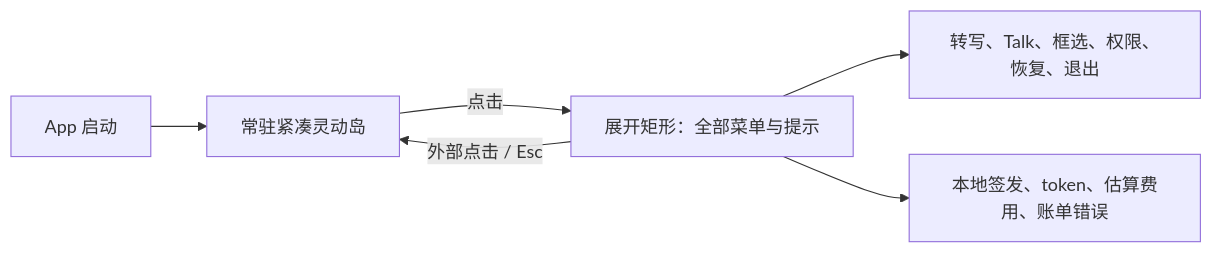
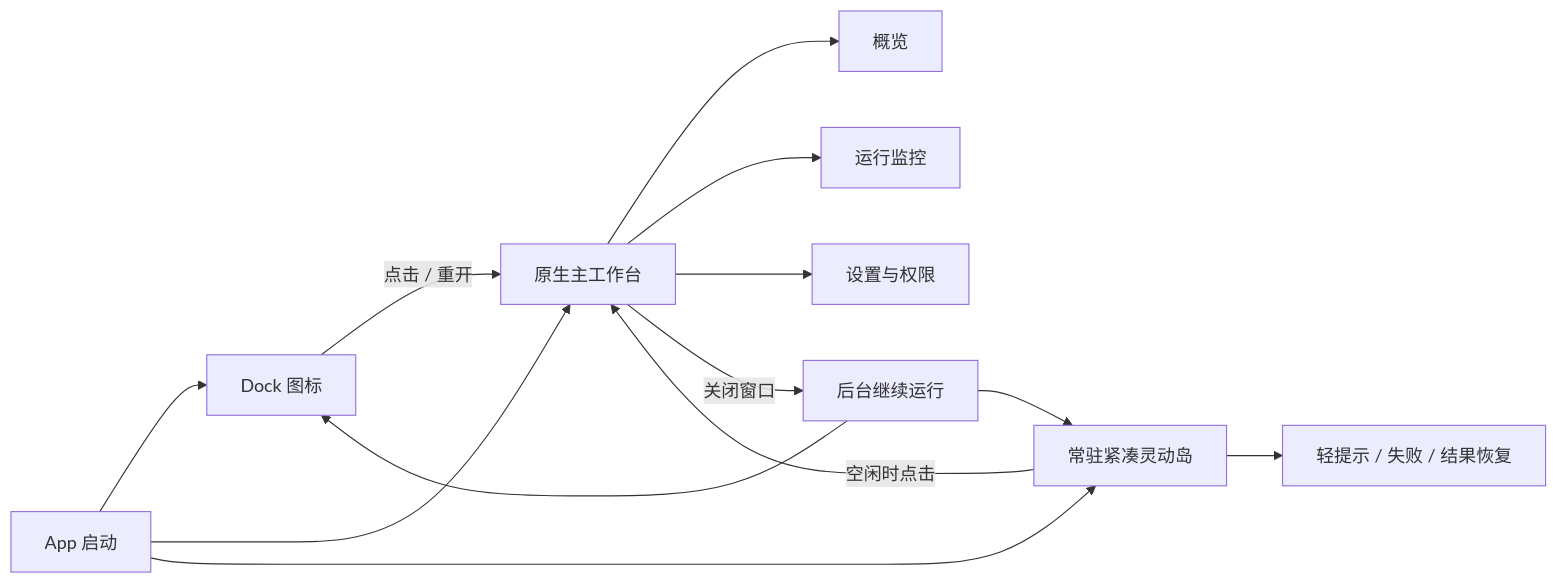
The diagram in docs/交互架构.md (jason2kkk/Friday), drawn with Mermaid before and after one commit. The commit also changed other lines of this file and 23 other files, not shown here.

Commit message:
feat: add native Dock workspace

````diff
--- a/docs/交互架构.md
+++ b/docs/交互架构.md
@@ -25,8 +25,15 @@
 ```mermaid
 flowchart LR
-    Launch["App 启动"] --> Compact["常驻紧凑灵动岛"]
-    Compact -->|"点击"| Expanded["展开矩形：全部菜单与提示"]
-    Expanded --> Actions["转写、Talk、框选、权限、恢复、退出"]
-    Expanded --> Usage["本地签发、token、估算费用、账单错误"]
-    Expanded -->|"外部点击 / Esc"| Compact
+    Launch["App 启动"] --> Dock["Dock 图标"]
+    Launch --> Workspace["原生主工作台"]
+    Launch --> Compact["常驻紧凑灵动岛"]
+    Dock -->|"点击 / 重开"| Workspace
+    Compact -->|"空闲时点击"| Workspace
+    Compact --> Feedback["轻提示 / 失败 / 结果恢复"]
+    Workspace --> Overview["概览"]
+    Workspace --> Monitoring["运行监控"]
+    Workspace --> Settings["设置与权限"]
+    Workspace -->|"关闭窗口"| Background["后台继续运行"]
+    Background --> Dock
+    Background --> Compact
 ```
````
